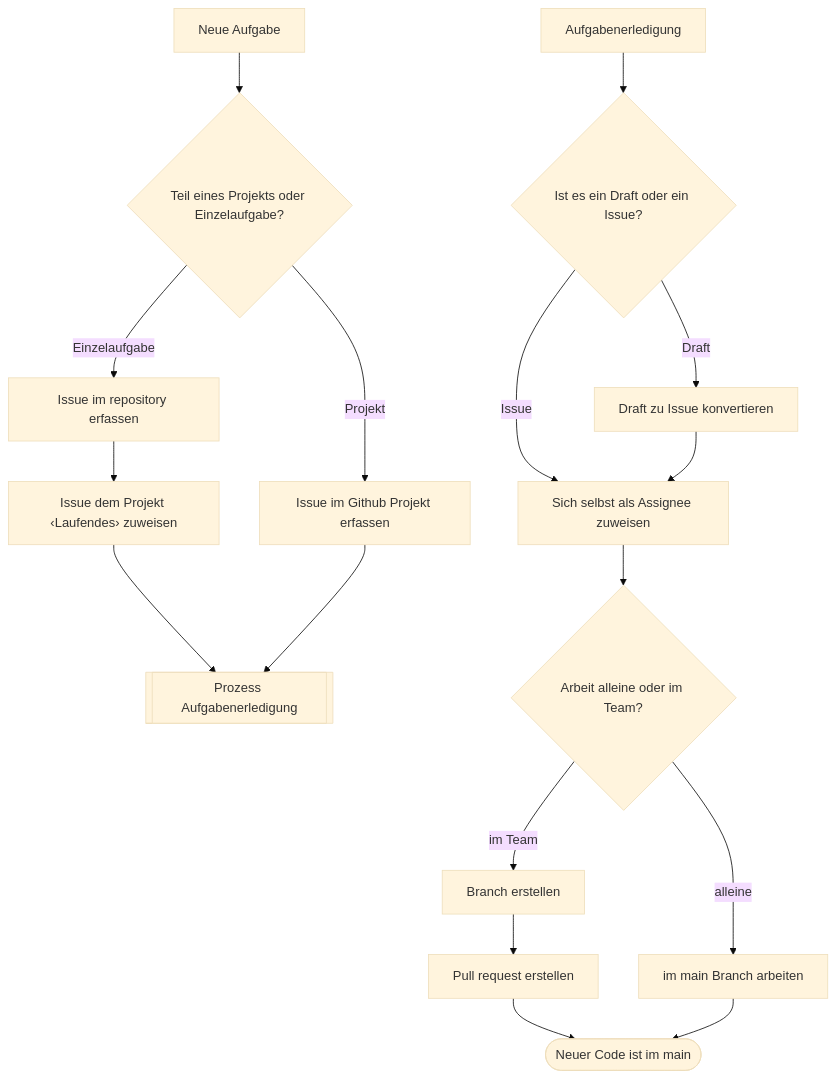
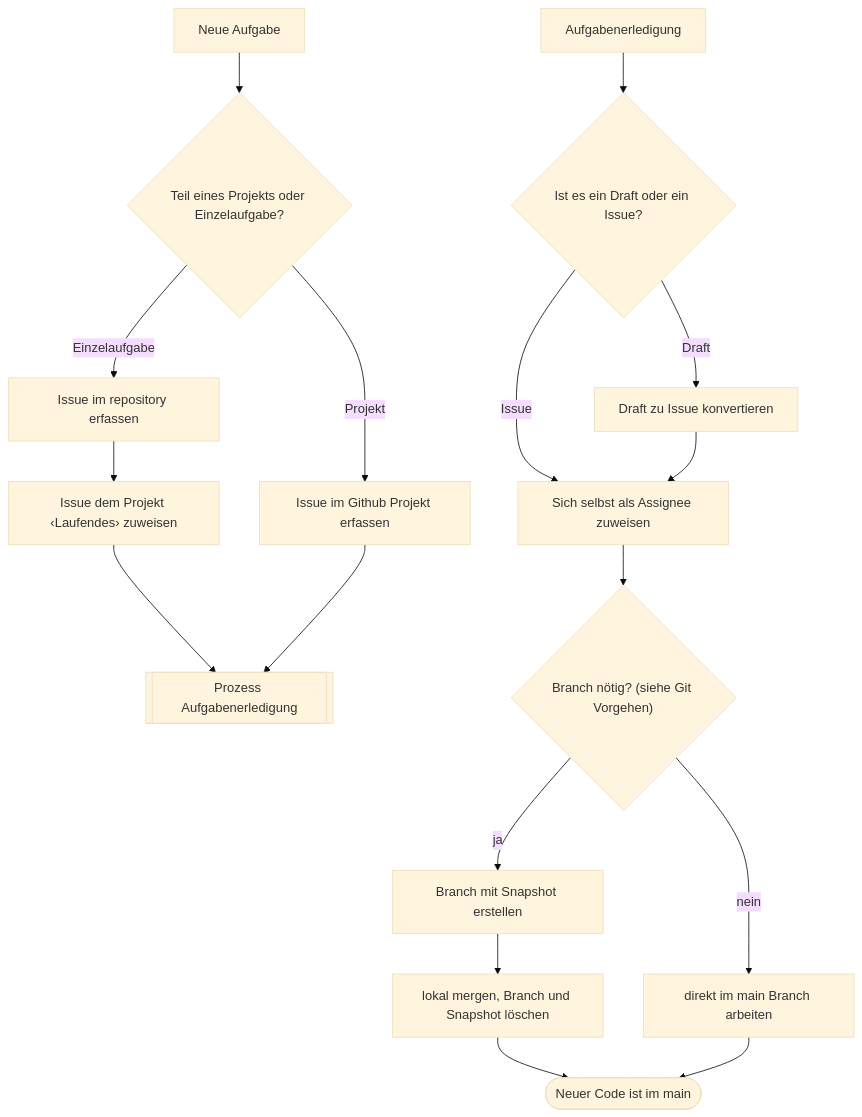
The diagram in docs/unternehmen/projektleitung/projektzyklus.md (profitlich-ch/profitlich-ch.github.io), drawn with Mermaid (base theme) before and after one commit. The commit also changed 2 other files, not shown here.

Commit message:
Git-Vorgehen überarbeitet: Branch-Kriterium, Zeiterfassung, TODO-Regel
Die Seite beschrieb noch das dev-Branch-Modell und hatte die Releases offen gelassen; der Projektzyklus verlangte Pull Requests im Team. Beides widersprach der gelebten Praxis. Die Zeiterfassung über Commit-Trailer steht bewusst offen drin: Kundinnen und Kunden sollen sehen können, wie ihre Rechnungstexte entstehen.

````diff
--- a/docs/unternehmen/projektleitung/projektzyklus.md
+++ b/docs/unternehmen/projektleitung/projektzyklus.md
@@ -13,38 +13,38 @@
 ```mermaid
 flowchart TB
 A@{ shape: process, label: "Neue Aufgabe" }
 B@{ shape: decision, label: "Teil eines Projekts oder Einzelaufgabe?" }
 C1@{ shape: process, label: "Issue im repository erfassen" }
 C2@{ shape: process, label: "Issue im Github Projekt erfassen" }
 E@{ shape: process, label: "Issue dem Projekt ‹Laufendes› zuweisen" }
 F@{ shape: subproc, label: "Prozess Aufgabenerledigung" }
 
 M@{ shape: process, label: "Aufgabenerledigung" }
 N@{ shape: decision, label: "Ist es ein Draft oder ein Issue?" }
 O1@{ shape: process, label: "Draft zu Issue konvertieren" }
 P@{ shape: process, label: "Sich selbst als Assignee zuweisen" }
-Q@{ shape: decision, label: "Arbeit alleine oder im Team?" }
-R1@{ shape: process, label: "Branch erstellen" }
-R2@{ shape: process, label: "im main Branch arbeiten" }
-S1@{ shape: process, label: "Pull request erstellen" }
+Q@{ shape: decision, label: "Branch nötig? (siehe Git Vorgehen)" }
+R1@{ shape: process, label: "Branch mit Snapshot erstellen" }
+R2@{ shape: process, label: "direkt im main Branch arbeiten" }
+S1@{ shape: process, label: "lokal mergen, Branch und Snapshot löschen" }
 T@{ shape: stadium, label: "Neuer Code ist im main" }
 
 
 A --> B
 B-- Einzelaufgabe --> C1
 B-- Projekt --> C2
 C1 --> E
 E --> F
 C2 --> F
 
 M --> N
 N-- Draft --> O1
 N-- Issue --> P
 O1 --> P
 P --> Q
-Q-- im Team --> R1
-Q-- alleine --> R2
+Q-- ja --> R1
+Q-- nein --> R2
 R1 --> S1
 S1 --> T
 R2 --> T
 ```
````
